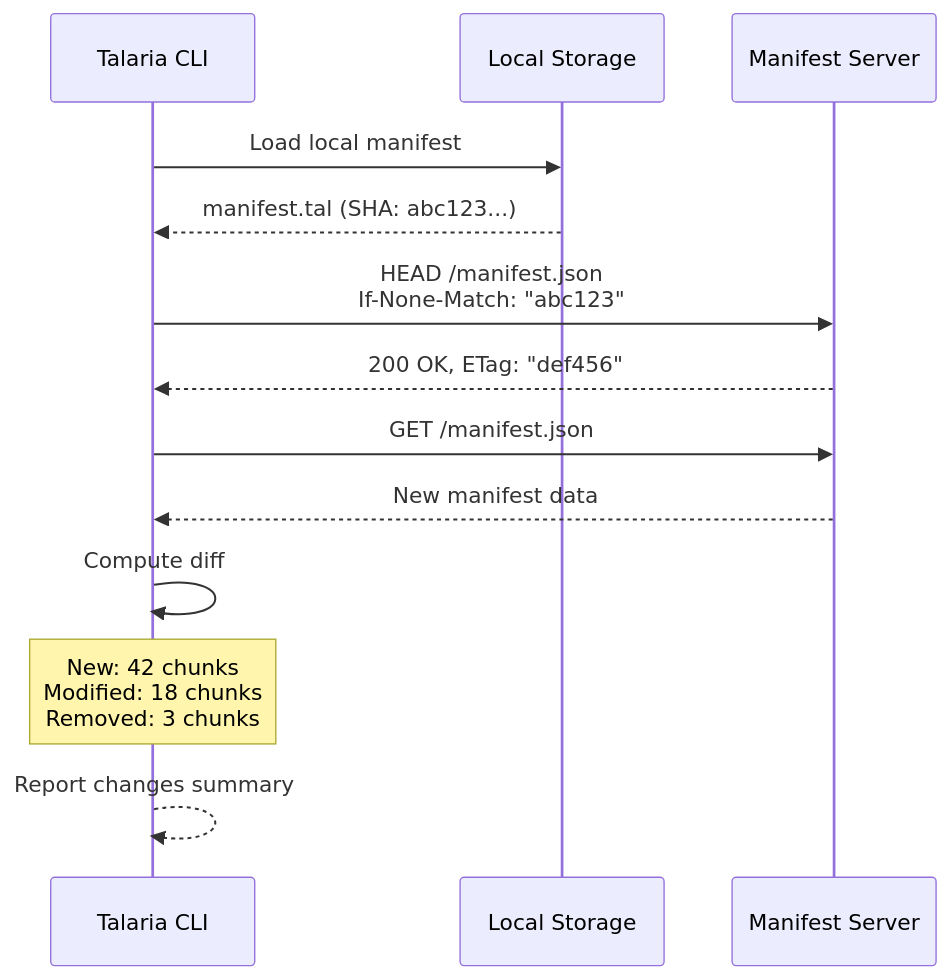
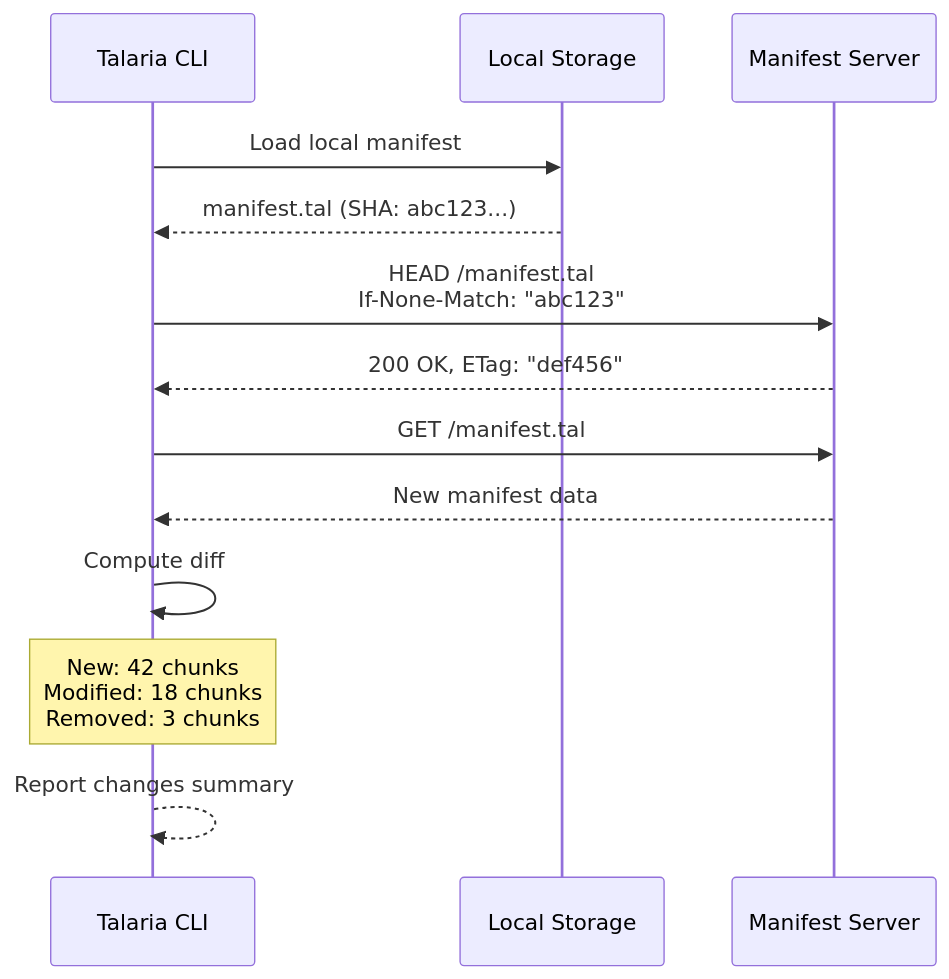
Before and after one commit to bfowle/talaria: the third of 6 diagrams in docs/src/sequoia/workflows.md, drawn with Mermaid. The commit also changed other lines of this file and 290 other files, not shown here.

````diff
--- a/docs/src/sequoia/workflows.md
+++ b/docs/src/sequoia/workflows.md
@@ -156,16 +156,16 @@
 ```mermaid
 sequenceDiagram
     participant CLI as Talaria CLI
     participant Local as Local Storage
     participant Server as Manifest Server
 
     CLI->>Local: Load local manifest
     Local-->>CLI: manifest.tal (SHA: abc123...)
-    CLI->>Server: HEAD /manifest.json<br/>If-None-Match: "abc123"
+    CLI->>Server: HEAD /manifest.tal<br/>If-None-Match: "abc123"
     Server-->>CLI: 200 OK, ETag: "def456"
-    CLI->>Server: GET /manifest.json
+    CLI->>Server: GET /manifest.tal
     Server-->>CLI: New manifest data
     CLI->>CLI: Compute diff
     Note over CLI: New: 42 chunks<br/>Modified: 18 chunks<br/>Removed: 3 chunks
     CLI-->>CLI: Report changes summary
 ```
````
